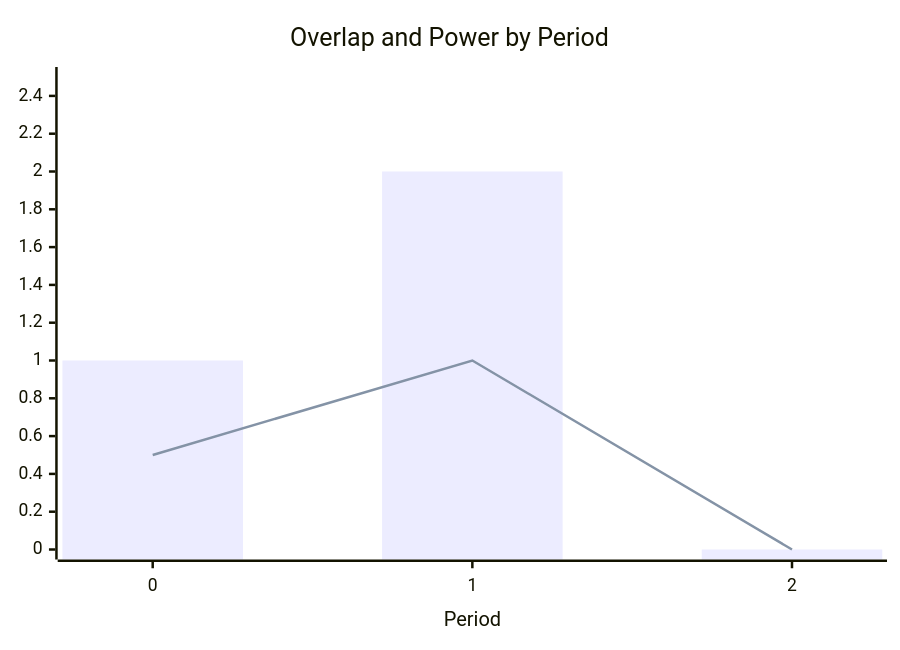
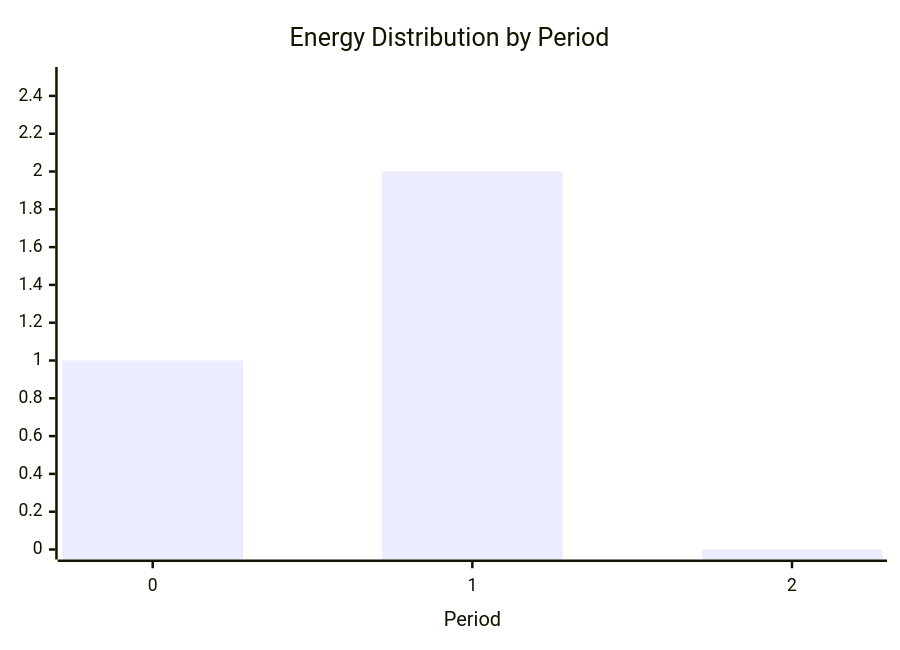
The diagram in docs/modeling/model-layer/elements/schedulable-load.md (hass-energy/haeo), drawn with Mermaid before and after one commit. The commit also changed other lines of this file and 3 other files, not shown here.

````diff
--- a/docs/modeling/model-layer/elements/schedulable-load.md
+++ b/docs/modeling/model-layer/elements/schedulable-load.md
@@ -155,8 +127,7 @@
 ```mermaid
 xychart-beta
-    title "Overlap and Power by Period"
+    title "Energy Distribution by Period"
     x-axis "Period" [0, 1, 2]
     y-axis 0 --> 2.5
-    bar "Power (kW)" [1.0, 2.0, 0.0]
-    line "Overlap (h)" [0.5, 1.0, 0.0]
+    bar "Energy (kWh)" [1.0, 2.0, 0.0]
 ```
````
